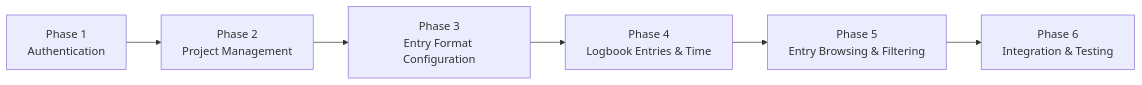
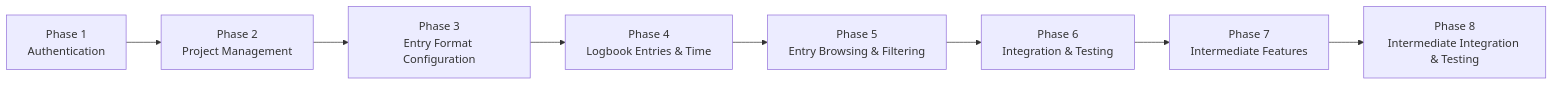
Before and after one commit to DiMpho-20/coms3011a-logbook-digital-logbook: the first of 2 diagrams in docs/design/development-plan.md, drawn with Mermaid. The commit also changed other lines of this file and 3 other files, not shown here.

Commit message:
docs: update intermediate phase documentation

````diff
--- a/docs/design/development-plan.md
+++ b/docs/design/development-plan.md
@@ -26,8 +34,17 @@
 ```mermaid
 flowchart LR
+
     A["Phase 1<br/>Authentication"] --> B["Phase 2<br/>Project Management"]
+
     B --> C["Phase 3<br/>Entry Format Configuration"]
+
     C --> D["Phase 4<br/>Logbook Entries & Time"]
+
     D --> E["Phase 5<br/>Entry Browsing & Filtering"]
+
     E --> F["Phase 6<br/>Integration & Testing"]
+
+    F --> G["Phase 7<br/>Intermediate Features"]
+
+    G --> H["Phase 8<br/>Intermediate Integration & Testing"]
 ```
````
